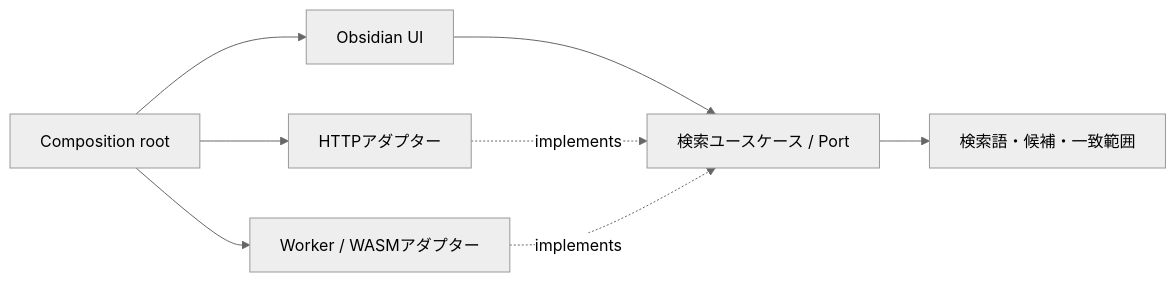
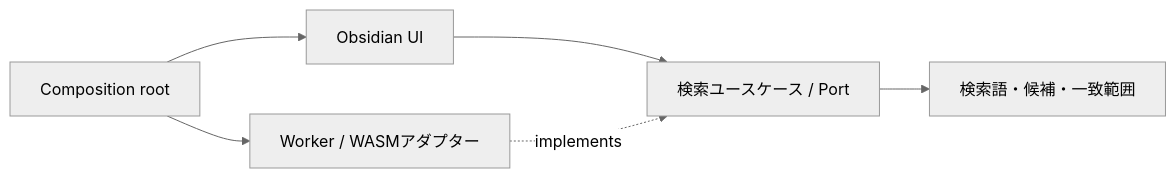
One commit to YuigaWada/obsidian-softmatcha changed the diagram in ARCHITECTURE.md. Above: the diagram before and after it, drawn with Mermaid (neutral theme). The commit also changed other lines of this file and 175 other files, not shown here.

````diff
--- a/ARCHITECTURE.md
+++ b/ARCHITECTURE.md
@@ -15,10 +14,8 @@
 ```mermaid
 flowchart LR
   UI[Obsidian UI] --> App[検索ユースケース / Port]
   App --> Domain[検索語・候補・一致範囲]
-  Remote[HTTPアダプター] -. implements .-> App
   Local[Worker / WASMアダプター] -. implements .-> App
   Root[Composition root] --> UI
-  Root --> Remote
   Root --> Local
 ```
````
